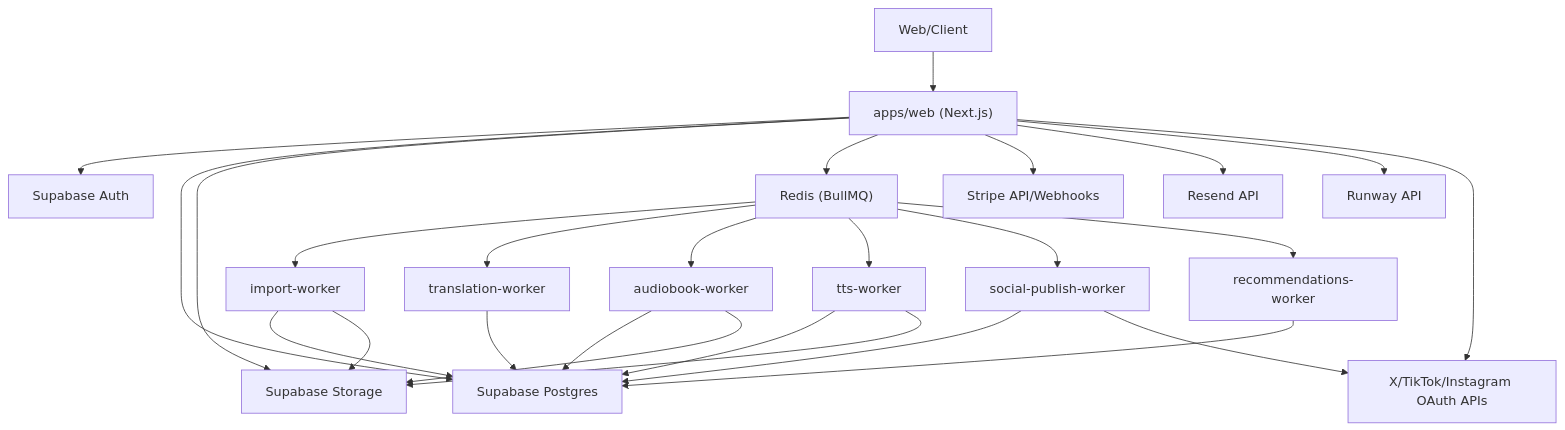
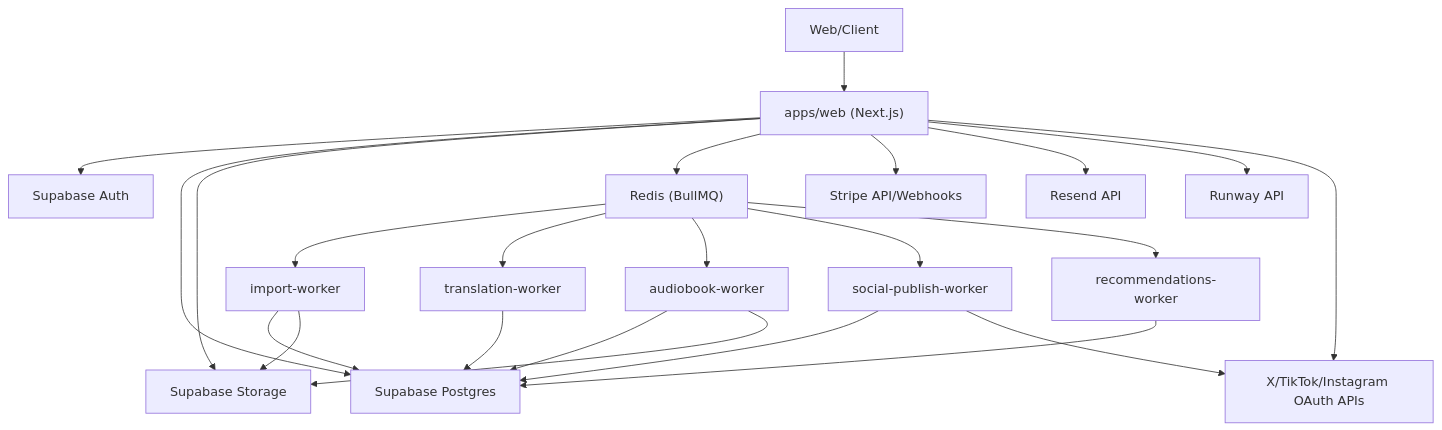
The diagram in docs/ARCHITECTURE_MAP.md (sveahall/verkli), drawn with Mermaid before and after one commit. The commit also changed other lines of this file and 76 other files, not shown here.

````diff
--- a/docs/ARCHITECTURE_MAP.md
+++ b/docs/ARCHITECTURE_MAP.md
@@ -14,32 +14,29 @@
 ```mermaid
 graph TD
   Browser["Web/Client"] --> Next["apps/web (Next.js)"]
   Next --> Auth["Supabase Auth"]
   Next --> DB["Supabase Postgres"]
   Next --> Storage["Supabase Storage"]
   Next --> Redis["Redis (BullMQ)"]
 
   Redis --> WImport["import-worker"]
   Redis --> WTrans["translation-worker"]
   Redis --> WAudio["audiobook-worker"]
-  Redis --> WTTS["tts-worker"]
   Redis --> WSocial["social-publish-worker"]
   Redis --> WReco["recommendations-worker"]
 
   WImport --> DB
   WImport --> Storage
   WTrans --> DB
   WAudio --> DB
   WAudio --> Storage
-  WTTS --> DB
-  WTTS --> Storage
   WSocial --> DB
   WReco --> DB
 
   Next --> Stripe["Stripe API/Webhooks"]
   Next --> Resend["Resend API"]
   Next --> Runway["Runway API"]
   Next --> SocialAPIs["X/TikTok/Instagram OAuth APIs"]
 
   WSocial --> SocialAPIs
 ```
````
